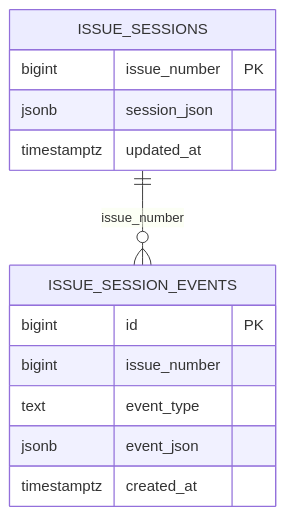
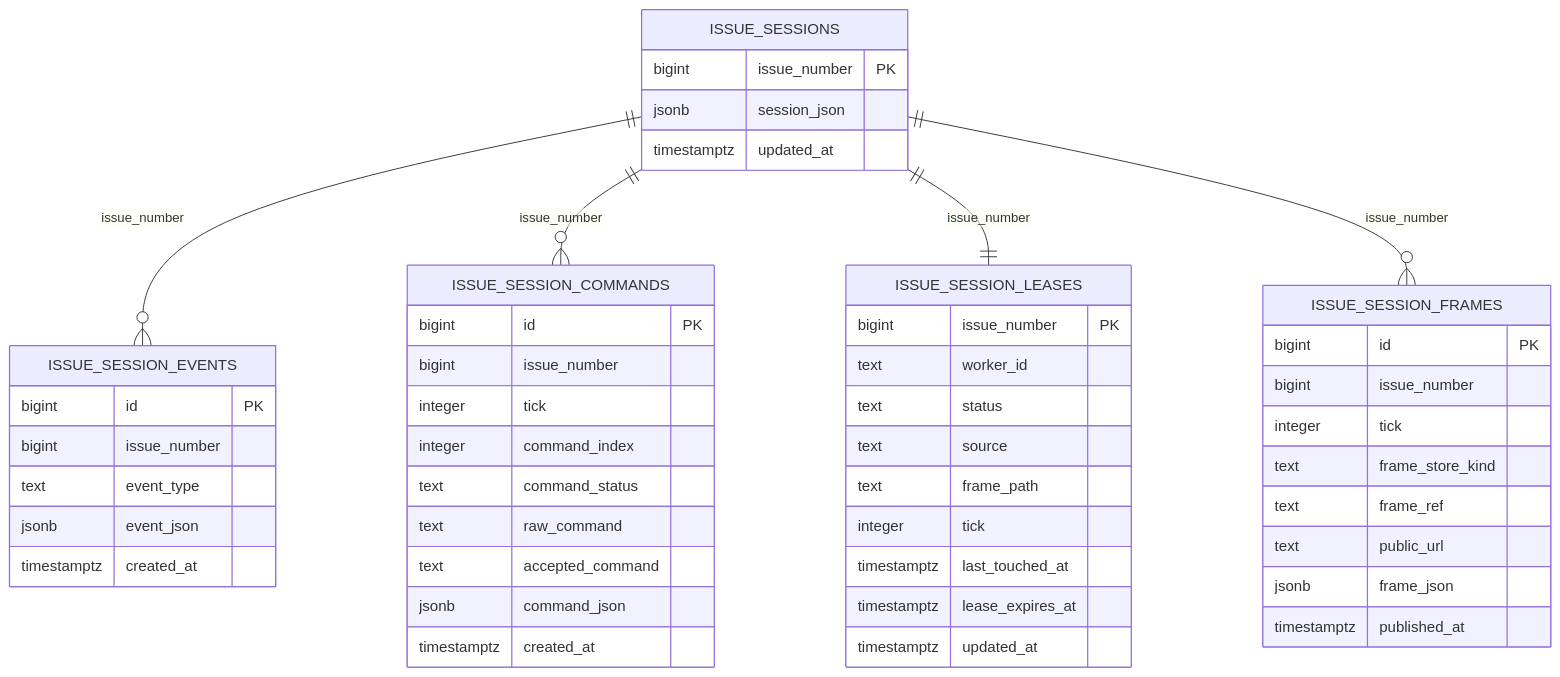
Before and after one commit to FirePheonix/doom-on-github-issues: the second of 2 diagrams in documentation/v3-release-notes/persistence.md, drawn with Mermaid. The commit also changed other lines of this file and 5 other files, not shown here.

````diff
--- a/documentation/v3-release-notes/persistence.md
+++ b/documentation/v3-release-notes/persistence.md
@@ -16,18 +22,56 @@
 ```mermaid
 erDiagram
   ISSUE_SESSIONS {
     bigint issue_number PK
     jsonb session_json
     timestamptz updated_at
   }
 
   ISSUE_SESSION_EVENTS {
     bigint id PK
     bigint issue_number
     text event_type
     jsonb event_json
     timestamptz created_at
   }
 
+  ISSUE_SESSION_COMMANDS {
+    bigint id PK
+    bigint issue_number
+    integer tick
+    integer command_index
+    text command_status
+    text raw_command
+    text accepted_command
+    jsonb command_json
+    timestamptz created_at
+  }
+
+  ISSUE_SESSION_LEASES {
+    bigint issue_number PK
+    text worker_id
+    text status
+    text source
+    text frame_path
+    integer tick
+    timestamptz last_touched_at
+    timestamptz lease_expires_at
+    timestamptz updated_at
+  }
+
+  ISSUE_SESSION_FRAMES {
+    bigint id PK
+    bigint issue_number
+    integer tick
+    text frame_store_kind
+    text frame_ref
+    text public_url
+    jsonb frame_json
+    timestamptz published_at
+  }
+
   ISSUE_SESSIONS ||--o{ ISSUE_SESSION_EVENTS : "issue_number"
+  ISSUE_SESSIONS ||--o{ ISSUE_SESSION_COMMANDS : "issue_number"
+  ISSUE_SESSIONS ||--|| ISSUE_SESSION_LEASES : "issue_number"
+  ISSUE_SESSIONS ||--o{ ISSUE_SESSION_FRAMES : "issue_number"
 ```
````
